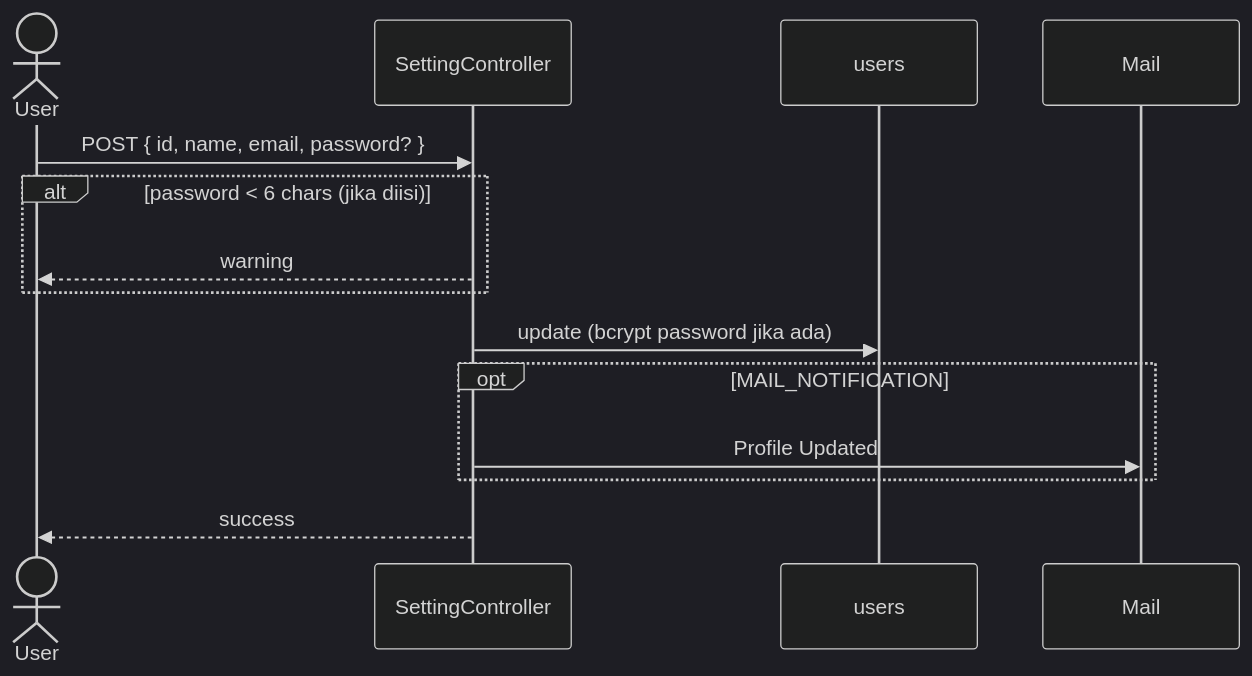
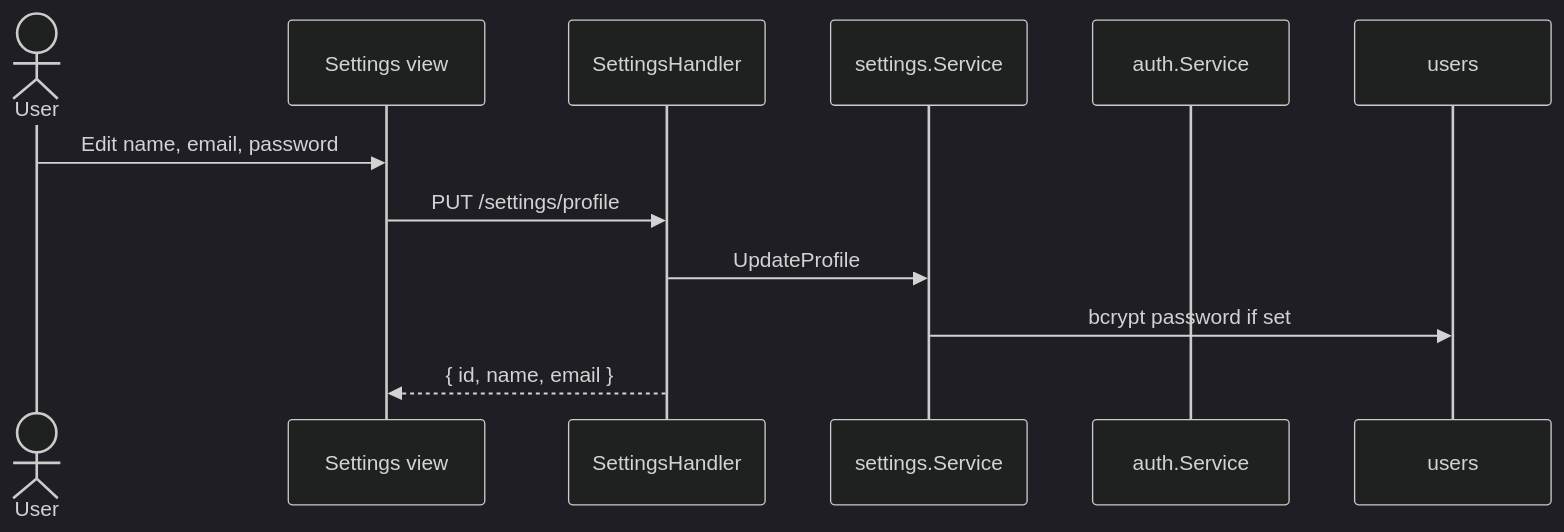
The diagram in docs/sequences/14-settings.md (jahrulnr/GoSite), drawn with Mermaid (dark theme) before and after one commit. The commit also changed other lines of this file and 107 other files, not shown here.

````diff
--- a/docs/sequences/14-settings.md
+++ b/docs/sequences/14-settings.md
@@ -24,17 +7,15 @@
 ```mermaid
 sequenceDiagram
     actor User
-    participant SC as SettingController
+    participant UI as Settings view
+    participant H as SettingsHandler
+    participant Svc as settings.Service
+    participant Auth as auth.Service
     participant DB as users
-    participant Mail
 
-    User->>SC: POST { id, name, email, password? }
-    alt password < 6 chars (jika diisi)
-        SC-->>User: warning
-    end
-    SC->>DB: update (bcrypt password jika ada)
-    opt MAIL_NOTIFICATION
-        SC->>Mail: Profile Updated
-    end
-    SC-->>User: success
+    User->>UI: Edit name, email, password
+    UI->>H: PUT /settings/profile
+    H->>Svc: UpdateProfile
+    Svc->>DB: bcrypt password if set
+    H-->>UI: { id, name, email }
 ```
````
